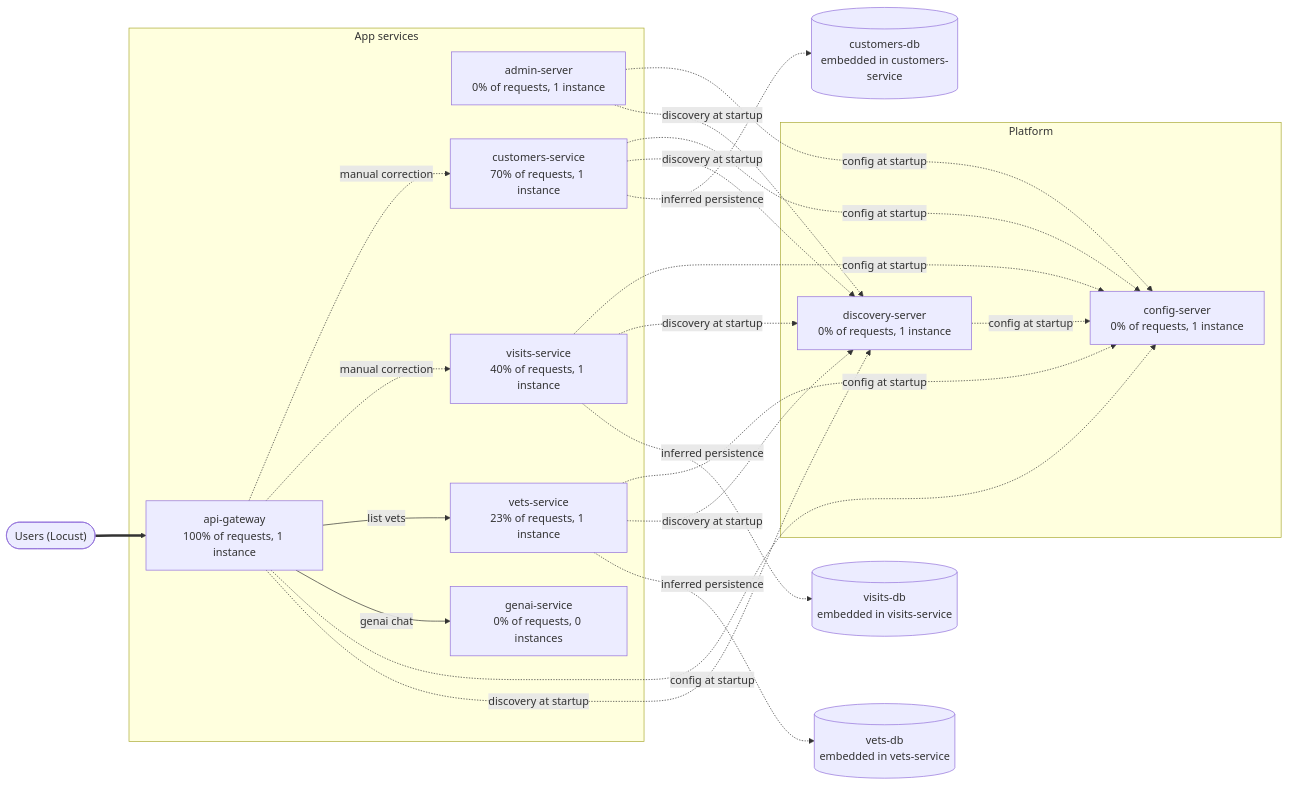
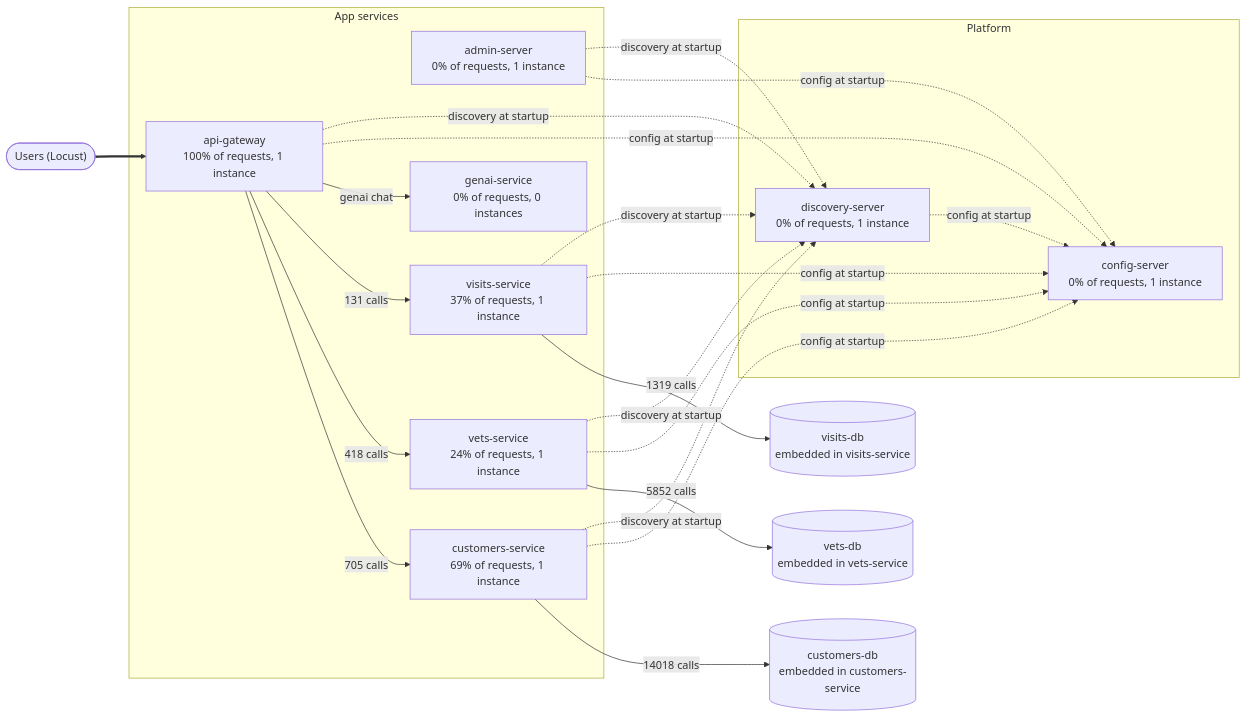
Before and after one commit to SinghChinmayy/chaoslab-petclinic: the diagram in reports/dependency-map.md, drawn with Mermaid. The commit also changed other lines of this file and 11 other files, not shown here.

````diff
--- a/reports/dependency-map.md
+++ b/reports/dependency-map.md
@@ -5,38 +5,38 @@
 ```mermaid
 flowchart LR
   users(["Users (Locust)"])
   subgraph app["App services"]
     api_gateway["api-gateway<br/>100% of requests, 1 instance"]
     admin_server["admin-server<br/>0% of requests, 1 instance"]
-    customers_service["customers-service<br/>70% of requests, 1 instance"]
-    vets_service["vets-service<br/>23% of requests, 1 instance"]
-    visits_service["visits-service<br/>40% of requests, 1 instance"]
+    customers_service["customers-service<br/>69% of requests, 1 instance"]
+    vets_service["vets-service<br/>24% of requests, 1 instance"]
+    visits_service["visits-service<br/>37% of requests, 1 instance"]
     genai_service["genai-service<br/>0% of requests, 0 instances"]
   end
   subgraph platform["Platform"]
     config_server["config-server<br/>0% of requests, 1 instance"]
     discovery_server["discovery-server<br/>0% of requests, 1 instance"]
   end
+  visits_db[("visits-db<br/>embedded in visits-service")]
   customers_db[("customers-db<br/>embedded in customers-service")]
-  visits_db[("visits-db<br/>embedded in visits-service")]
   vets_db[("vets-db<br/>embedded in vets-service")]
   users ==> api_gateway
-  api_gateway -.->|"manual correction"| customers_service
-  api_gateway -.->|"manual correction"| visits_service
-  api_gateway -->|"list vets"| vets_service
+  api_gateway -->|"705 calls"| customers_service
+  api_gateway -->|"418 calls"| vets_service
+  api_gateway -->|"131 calls"| visits_service
+  customers_service -->|"14018 calls"| customers_db
+  vets_service -->|"5852 calls"| vets_db
+  visits_service -->|"1319 calls"| visits_db
   api_gateway -->|"genai chat"| genai_service
   discovery_server -.->|"config at startup"| config_server
   customers_service -.->|"config at startup"| config_server
   visits_service -.->|"config at startup"| config_server
   vets_service -.->|"config at startup"| config_server
   api_gateway -.->|"config at startup"| config_server
   admin_server -.->|"config at startup"| config_server
   customers_service -.->|"discovery at startup"| discovery_server
   visits_service -.->|"discovery at startup"| discovery_server
   vets_service -.->|"discovery at startup"| discovery_server
   api_gateway -.->|"discovery at startup"| discovery_server
   admin_server -.->|"discovery at startup"| discovery_server
-  customers_service -.->|"inferred persistence"| customers_db
-  visits_service -.->|"inferred persistence"| visits_db
-  vets_service -.->|"inferred persistence"| vets_db
 ```
````
